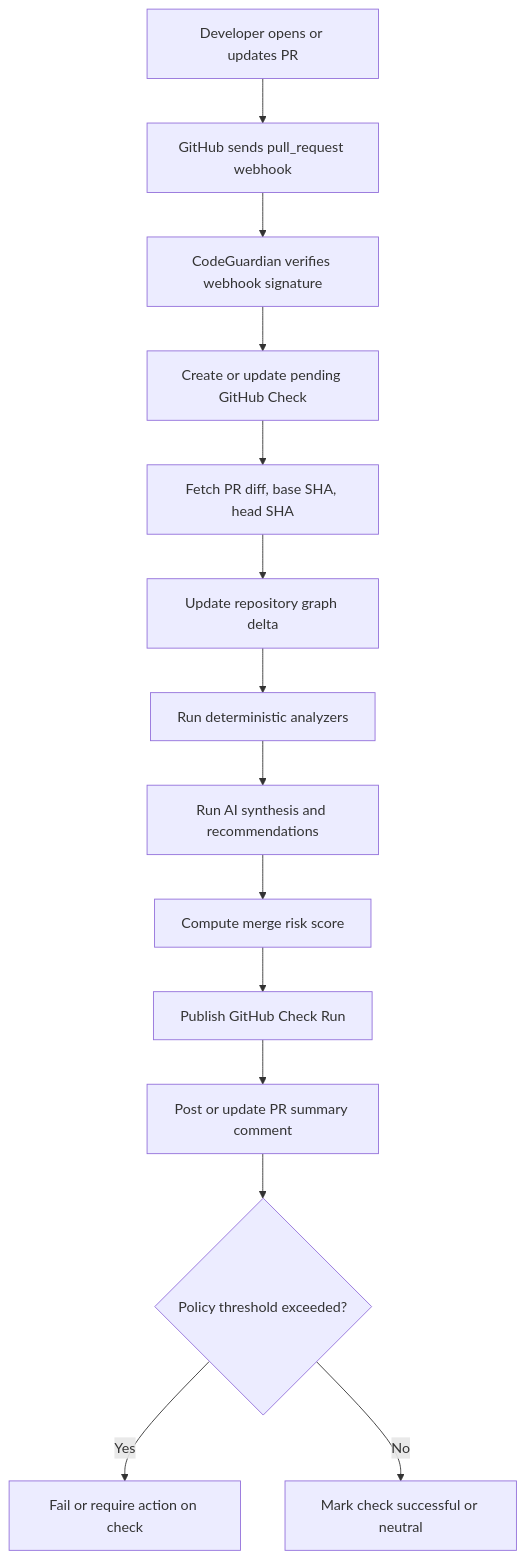
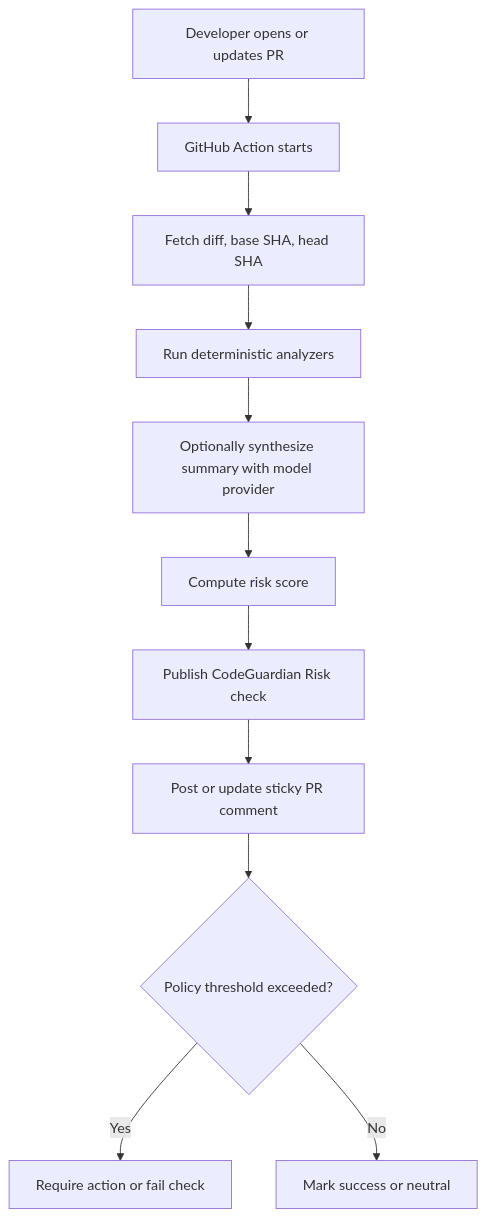
One commit to ayushkumar320/CodeGuardian changed the first of 2 diagrams in README.md. Above: the diagram before and after it, drawn with Mermaid. The commit also changed other lines of this file and 4 other files, not shown here.

Commit message:
Align docs to GitHub Action product story

````diff
--- a/README.md
+++ b/README.md
@@ -104,16 +77,13 @@
 ```mermaid
 flowchart TD
-  A["Developer opens or updates PR"] --> B["GitHub sends pull_request webhook"]
-  B --> C["CodeGuardian verifies webhook signature"]
-  C --> D["Create or update pending GitHub Check"]
-  D --> E["Fetch PR diff, base SHA, head SHA"]
-  E --> F["Update repository graph delta"]
-  F --> G["Run deterministic analyzers"]
-  G --> H["Run AI synthesis and recommendations"]
-  H --> I["Compute merge risk score"]
-  I --> J["Publish GitHub Check Run"]
-  J --> K["Post or update PR summary comment"]
-  K --> L{"Policy threshold exceeded?"}
-  L -->|Yes| M["Fail or require action on check"]
-  L -->|No| N["Mark check successful or neutral"]
+  A["Developer opens or updates PR"] --> B["GitHub Action starts"]
+  B --> C["Fetch diff, base SHA, head SHA"]
+  C --> D["Run deterministic analyzers"]
+  D --> E["Optionally synthesize summary with model provider"]
+  E --> F["Compute risk score"]
+  F --> G["Publish CodeGuardian Risk check"]
+  G --> H["Post or update sticky PR comment"]
+  H --> I{"Policy threshold exceeded?"}
+  I -->|Yes| J["Require action or fail check"]
+  I -->|No| K["Mark success or neutral"]
 ```
````
